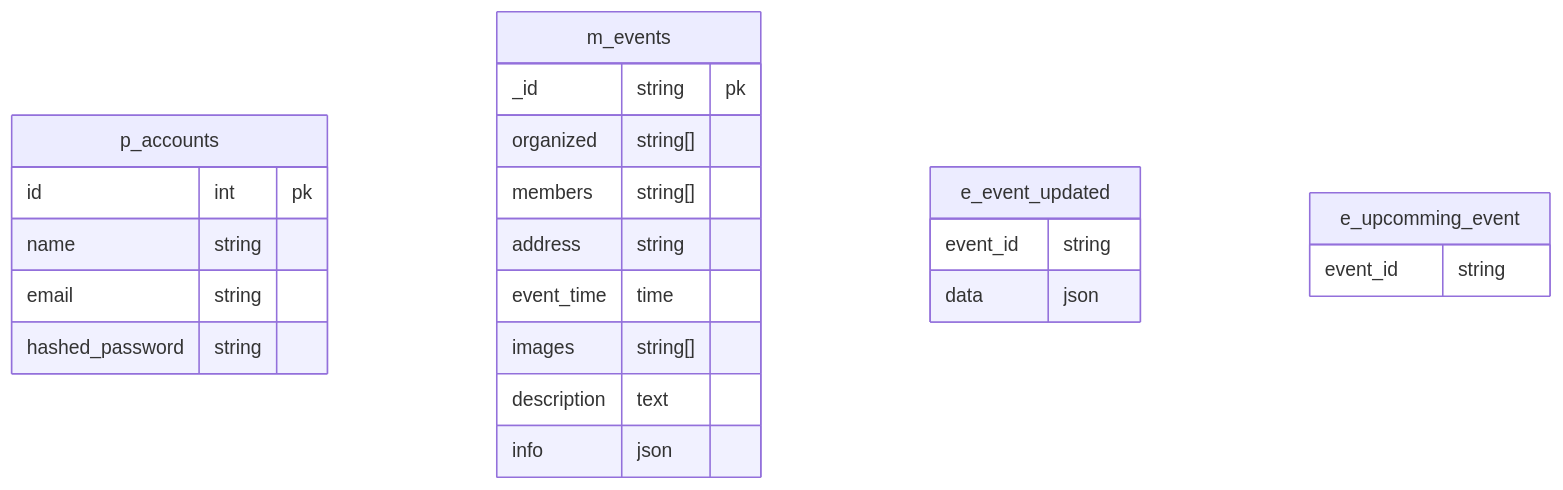
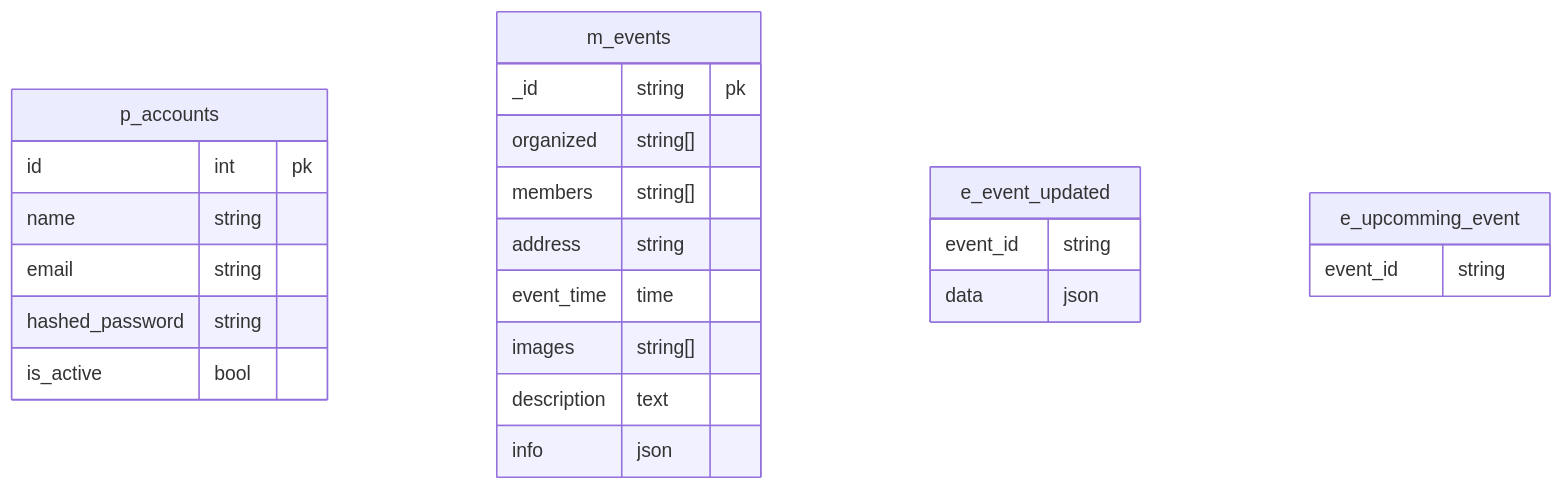
Before and after one commit to codingandcoffeerighthand/events-bun: the diagram in docs/data_model.md, drawn with Mermaid. The commit also changed 16 other files, not shown here.

````diff
--- a/docs/data_model.md
+++ b/docs/data_model.md
@@ -3,32 +3,33 @@
 ```mermaid
 ---
 note: events use mongo db
 ---
 erDiagram
   p_accounts{
     id int  pk
     name string
     email string
     hashed_password string    
+    is_active bool
   }
 
   m_events {
     _id string pk
     organized string[]
     members string[] 
     address string
     event_time time
     images string[]
     description text
     info json
   }
   
   e_event_updated {
     event_id string
     data json
   }
   
   e_upcomming_event {
     event_id string
   }
 ```
````
